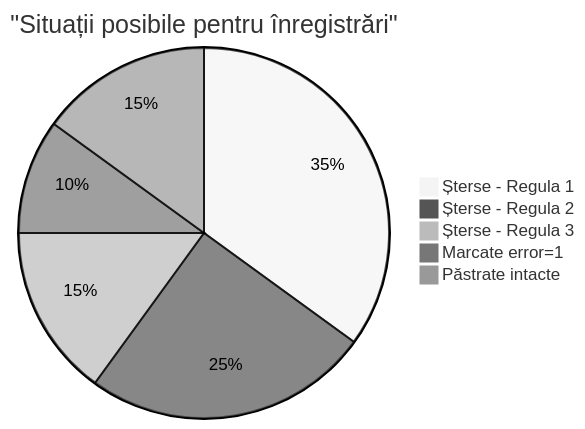
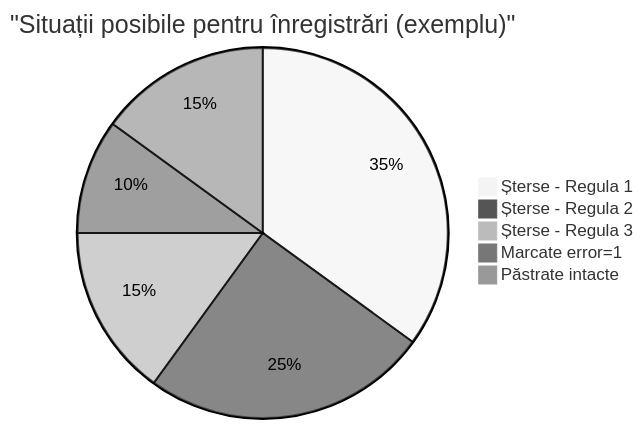
The fourth of 7 diagrams in index.md (Draagosh/GIS-CLEARENCE-AUTO), drawn with Mermaid (neutral theme) before and after one commit. The commit also changed other lines of this file, not shown here.

````diff
--- a/index.md
+++ b/index.md
@@ -166,9 +189,9 @@
 ```mermaid
 pie
-    title "Situații posibile pentru înregistrări"
+    title "Situații posibile pentru înregistrări (exemplu)"
     "Șterse - Regula 1" : 35
     "Șterse - Regula 2" : 25
     "Șterse - Regula 3" : 15
     "Marcate error=1" : 10
     "Păstrate intacte" : 15
 ```
````
